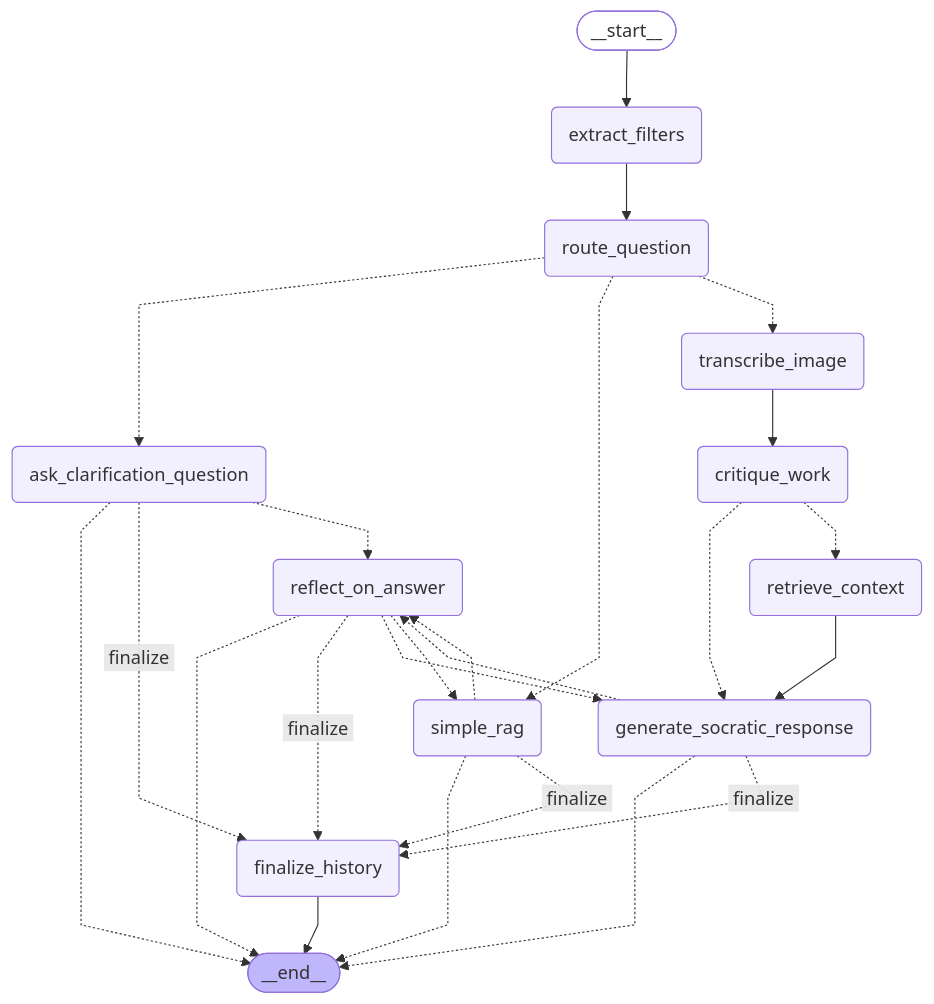
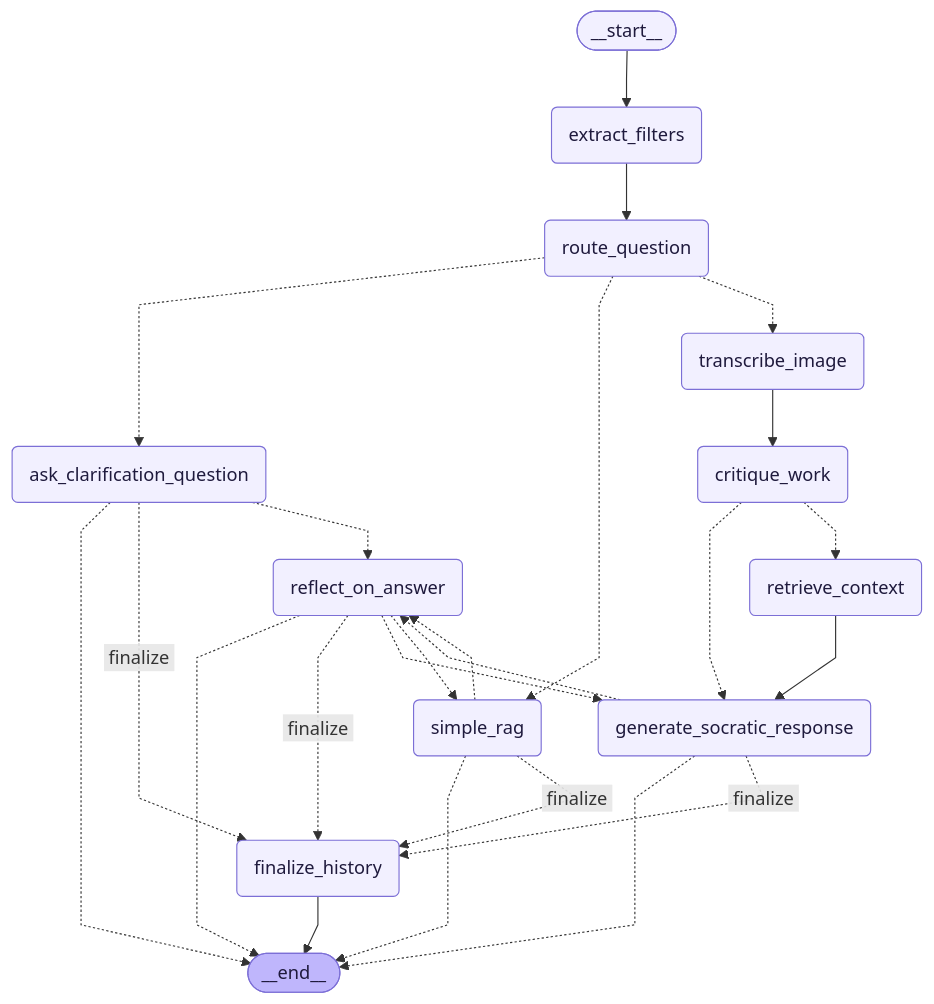
One commit to ChinmayNakwa/Cerebrix changed the diagram in README.md. Above: the diagram before and after it, drawn with Mermaid.

Commit message:
docs: make the agent graph readable in dark mode
Gives the nodes dark text and a border so the labels show on GitHub's dark theme.

````diff
--- a/README.md
+++ b/README.md
@@ -67,46 +67,46 @@
 ```mermaid
 ---
 config:
   flowchart:
     curve: linear
 ---
 graph TD;
 	__start__([__start__]):::first
 	extract_filters(extract_filters)
 	route_question(route_question)
 	ask_clarification_question(ask_clarification_question)
 	simple_rag(simple_rag)
 	transcribe_image(transcribe_image)
 	critique_work(critique_work)
 	retrieve_context(retrieve_context)
 	generate_socratic_response(generate_socratic_response)
 	reflect_on_answer(reflect_on_answer)
 	finalize_history(finalize_history)
 	__end__([__end__]):::last
 	__start__ --> extract_filters;
 	ask_clarification_question -.-> __end__;
 	ask_clarification_question -. &nbsp;finalize&nbsp; .-> finalize_history;
 	ask_clarification_question -.-> reflect_on_answer;
 	critique_work -.-> generate_socratic_response;
 	critique_work -.-> retrieve_context;
 	extract_filters --> route_question;
 	generate_socratic_response -.-> __end__;
 	generate_socratic_response -. &nbsp;finalize&nbsp; .-> finalize_history;
 	generate_socratic_response -.-> reflect_on_answer;
 	reflect_on_answer -.-> __end__;
 	reflect_on_answer -. &nbsp;finalize&nbsp; .-> finalize_history;
 	reflect_on_answer -.-> generate_socratic_response;
 	reflect_on_answer -.-> simple_rag;
 	retrieve_context --> generate_socratic_response;
 	route_question -.-> ask_clarification_question;
 	route_question -.-> simple_rag;
 	route_question -.-> transcribe_image;
 	simple_rag -.-> __end__;
 	simple_rag -. &nbsp;finalize&nbsp; .-> finalize_history;
 	simple_rag -.-> reflect_on_answer;
 	transcribe_image --> critique_work;
 	finalize_history --> __end__;
-	classDef default fill:#f2f0ff,line-height:1.2
-	classDef first fill-opacity:0
-	classDef last fill:#bfb6fc
+	classDef default fill:#f2f0ff,stroke:#7c6fd6,color:#1f1a3d,line-height:1.2
+	classDef first fill:#f2f0ff,stroke:#7c6fd6,color:#1f1a3d
+	classDef last fill:#bfb6fc,stroke:#7c6fd6,color:#1f1a3d
 ```
````
